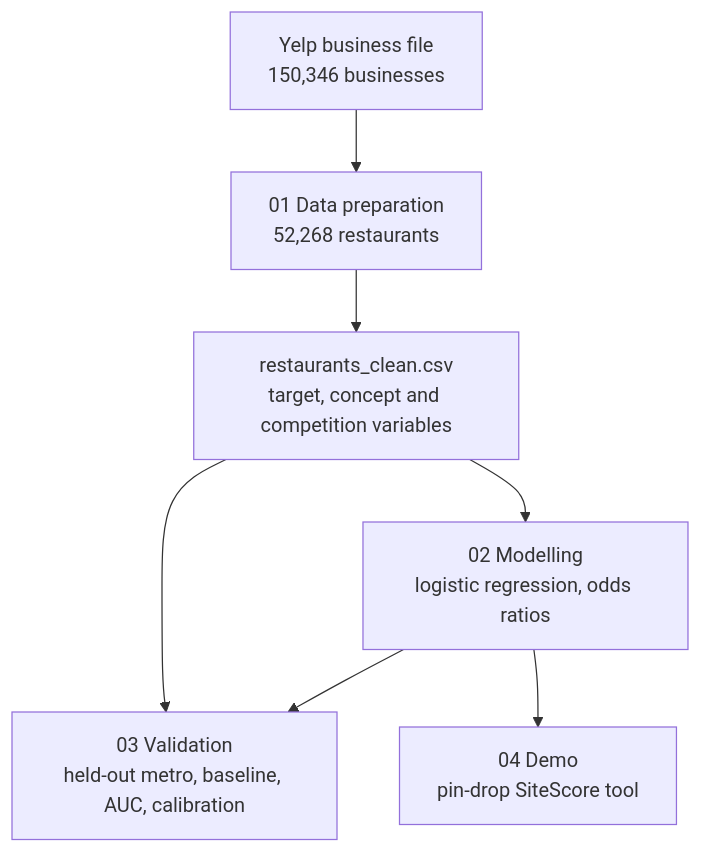
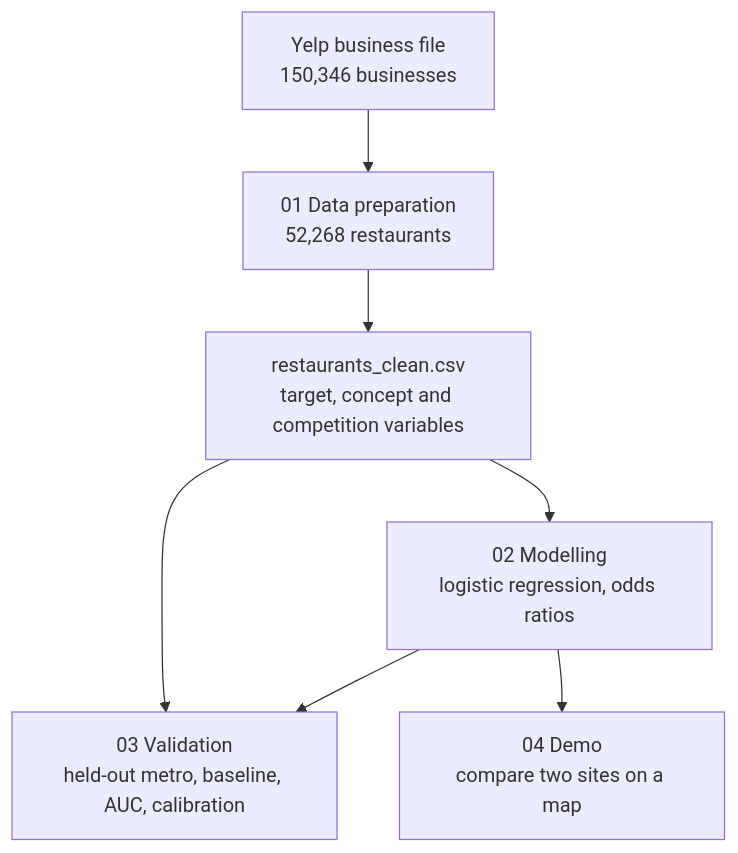
One commit to Hasan8036/sitescore changed the diagram in README.md. Above: the diagram before and after it, drawn with Mermaid. The commit also changed other lines of this file and 4 other files, not shown here.

First line of the commit message:
Add SiteScore demo: compare two candidate sites on a map

````diff
--- a/README.md
+++ b/README.md
@@ -35,9 +35,9 @@
 ```mermaid
 flowchart TD
     A[Yelp business file<br/>150,346 businesses] --> B[01 Data preparation<br/>52,268 restaurants]
     B --> C[restaurants_clean.csv<br/>target, concept and competition variables]
     C --> D[02 Modelling<br/>logistic regression, odds ratios]
     C --> E[03 Validation<br/>held-out metro, baseline, AUC, calibration]
     D --> E
-    D --> F[04 Demo<br/>pin-drop SiteScore tool]
+    D --> F[04 Demo<br/>compare two sites on a map]
 ```
````
